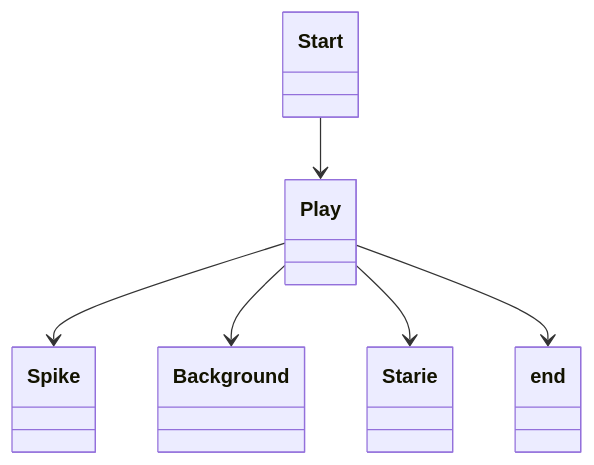
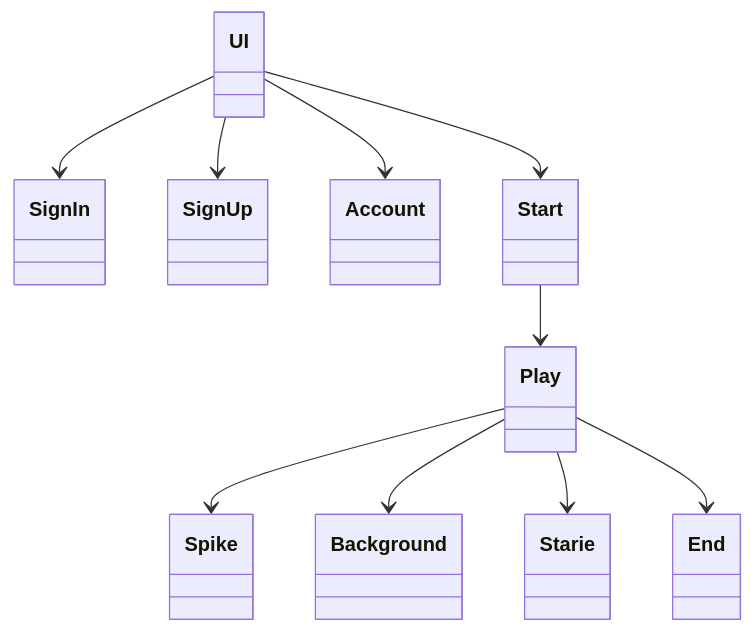
The first of 4 diagrams in dokumentaatio/arkkitehtuuri.md (sohvip/ot-harjoitustyo), drawn with Mermaid before and after one commit. The commit also changed other lines of this file, not shown here.

````diff
--- a/dokumentaatio/arkkitehtuuri.md
+++ b/dokumentaatio/arkkitehtuuri.md
@@ -2,8 +12,12 @@
 ```mermaid
   classDiagram
+      UI --> SignIn
+      UI --> SignUp
+      UI --> Account
+      UI --> Start
       Start --> Play
       Play --> Spike
       Play --> Background
       Play --> Starie
-      Play --> end   
+      Play --> End   
 ```
````
